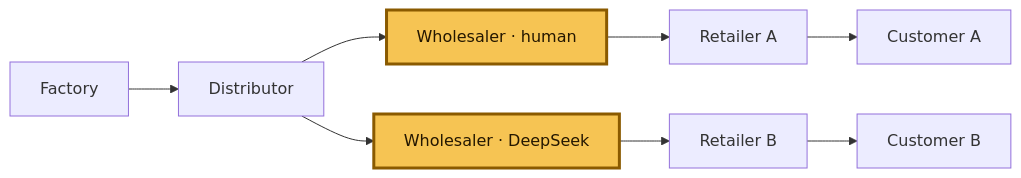
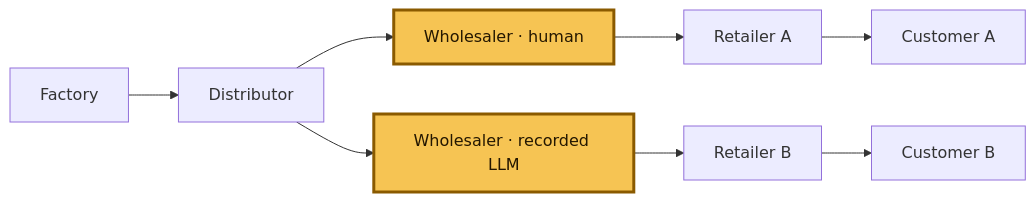
Before and after one commit to ConstantinVictorBeatErtel/Supply_Chain_Bench: the diagram in README.md, drawn with Mermaid. The commit also changed other lines of this file and 4 other files, not shown here.

````diff
--- a/README.md
+++ b/README.md
@@ -13,11 +13,11 @@
 ```mermaid
 flowchart LR
     F[Factory] --> D[Distributor]
     D --> H[Wholesaler · human]
-    D --> L[Wholesaler · DeepSeek]
+    D --> L[Wholesaler · recorded LLM]
     H --> RA[Retailer A] --> CA[Customer A]
     L --> RB[Retailer B] --> CB[Customer B]
 
     classDef focus fill:#f6c453,stroke:#8a5a00,stroke-width:3px,color:#241700;
     class H,L focus;
 ```
````
